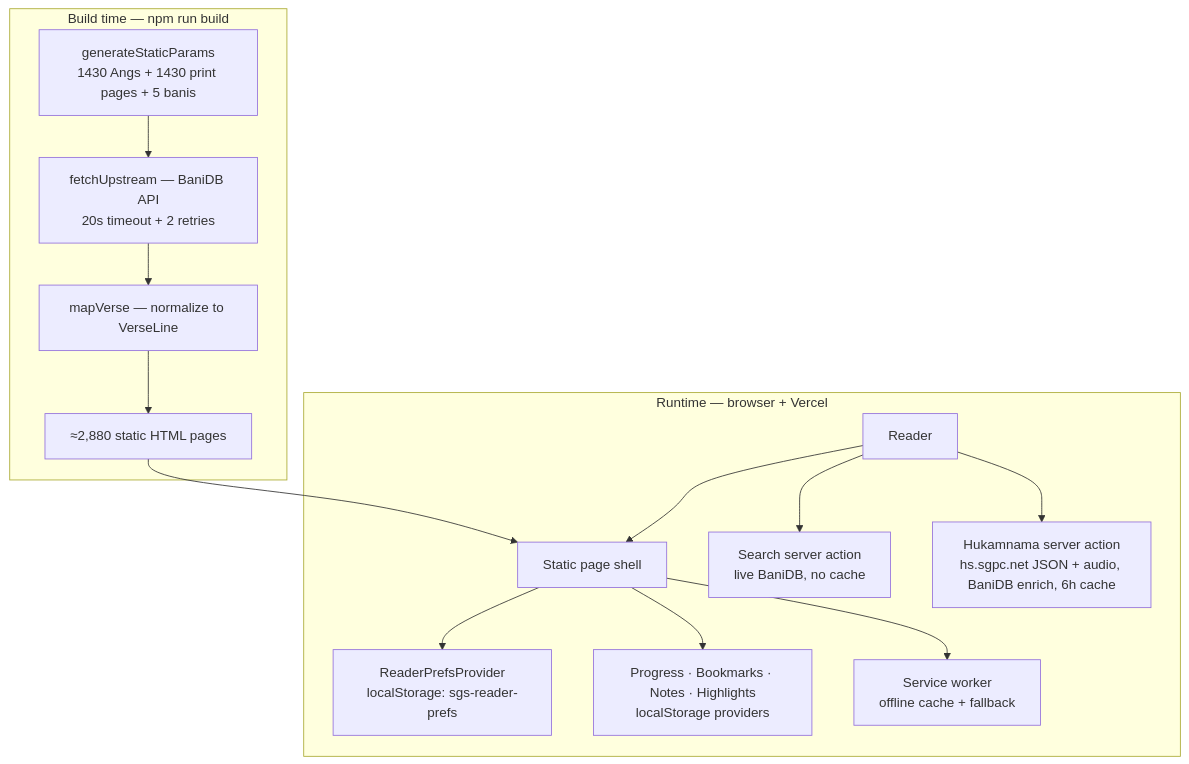
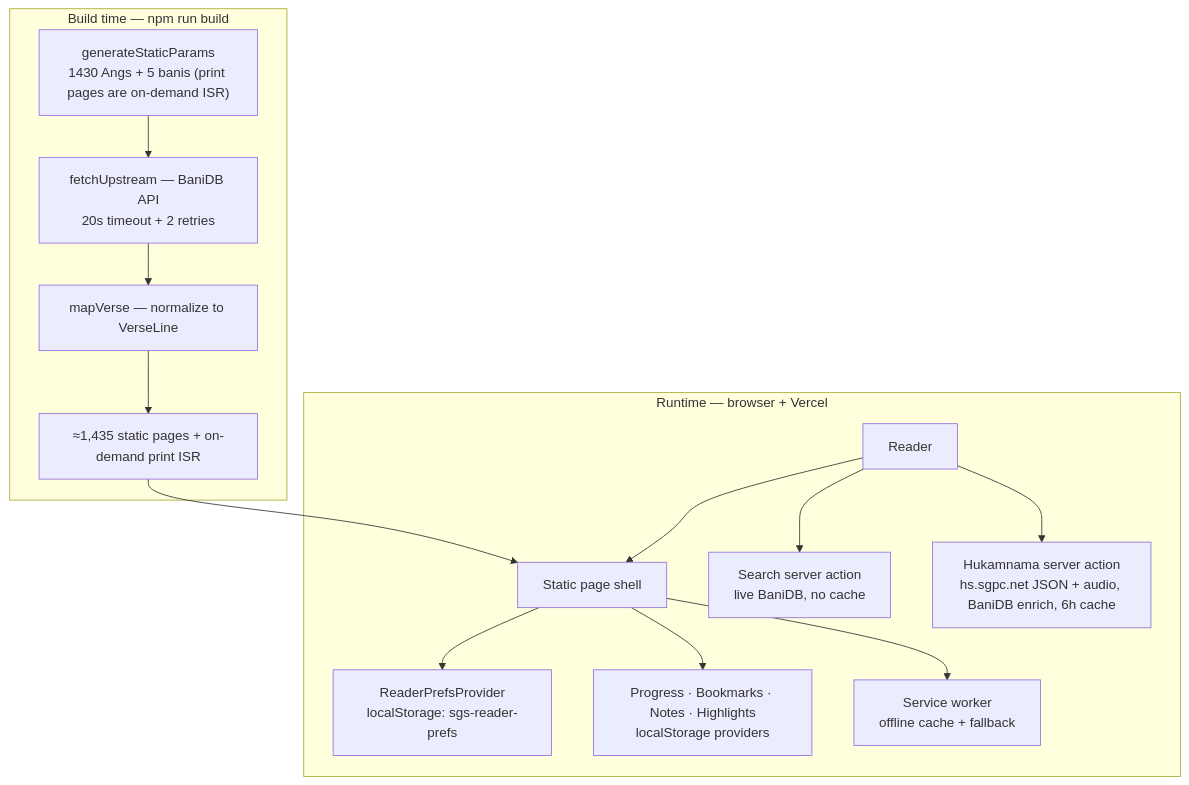
Before and after one commit to mithun-srinivasan/sggs: the first of 5 diagrams in README.md, drawn with Mermaid. The commit also changed other lines of this file and 4 other files, not shown here.

Commit message:
Halve deployment storage: render print pages on-demand via ISR

````diff
--- a/README.md
+++ b/README.md
@@ -38,26 +38,26 @@
 ```mermaid
 flowchart TD
     subgraph BUILD["Build time — npm run build"]
-        GEN["generateStaticParams<br/>1430 Angs + 1430 print pages + 5 banis"]
+        GEN["generateStaticParams<br/>1430 Angs + 5 banis (print pages are on-demand ISR)"]
         FETCH["fetchUpstream — BaniDB API<br/>20s timeout + 2 retries"]
         MAP["mapVerse — normalize to VerseLine"]
-        HTML["≈2,880 static HTML pages"]
+        HTML["≈1,435 static pages + on-demand print ISR"]
         GEN --> FETCH --> MAP --> HTML
     end
     subgraph RUNTIME["Runtime — browser + Vercel"]
         USER["Reader"]
         STATIC["Static page shell"]
         PREFS["ReaderPrefsProvider<br/>localStorage: sgs-reader-prefs"]
         DATA["Progress · Bookmarks · Notes · Highlights<br/>localStorage providers"]
         SEARCH["Search server action<br/>live BaniDB, no cache"]
         HUKAM["Hukamnama server action<br/>hs.sgpc.net JSON + audio, BaniDB enrich, 6h cache"]
         SW["Service worker<br/>offline cache + fallback"]
         USER --> STATIC
         STATIC --> PREFS
         STATIC --> DATA
         USER --> SEARCH
         USER --> HUKAM
         STATIC --> SW
     end
     HTML --> STATIC
 ```
````
